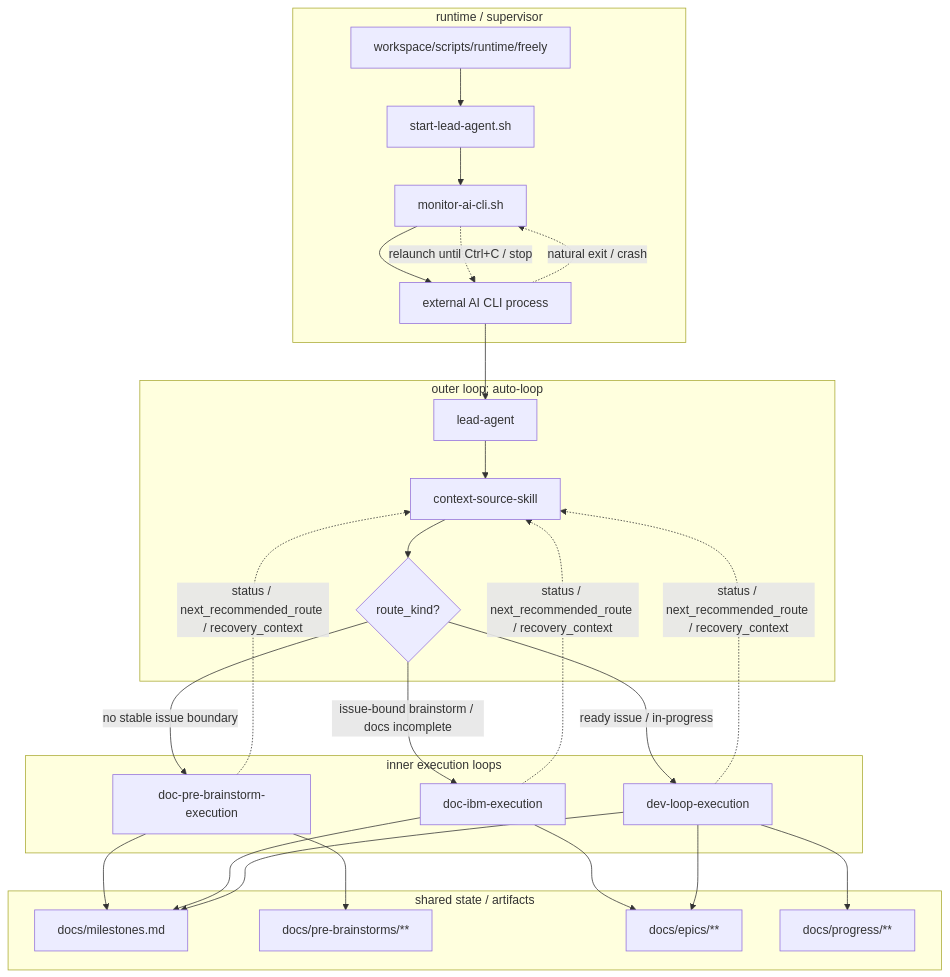
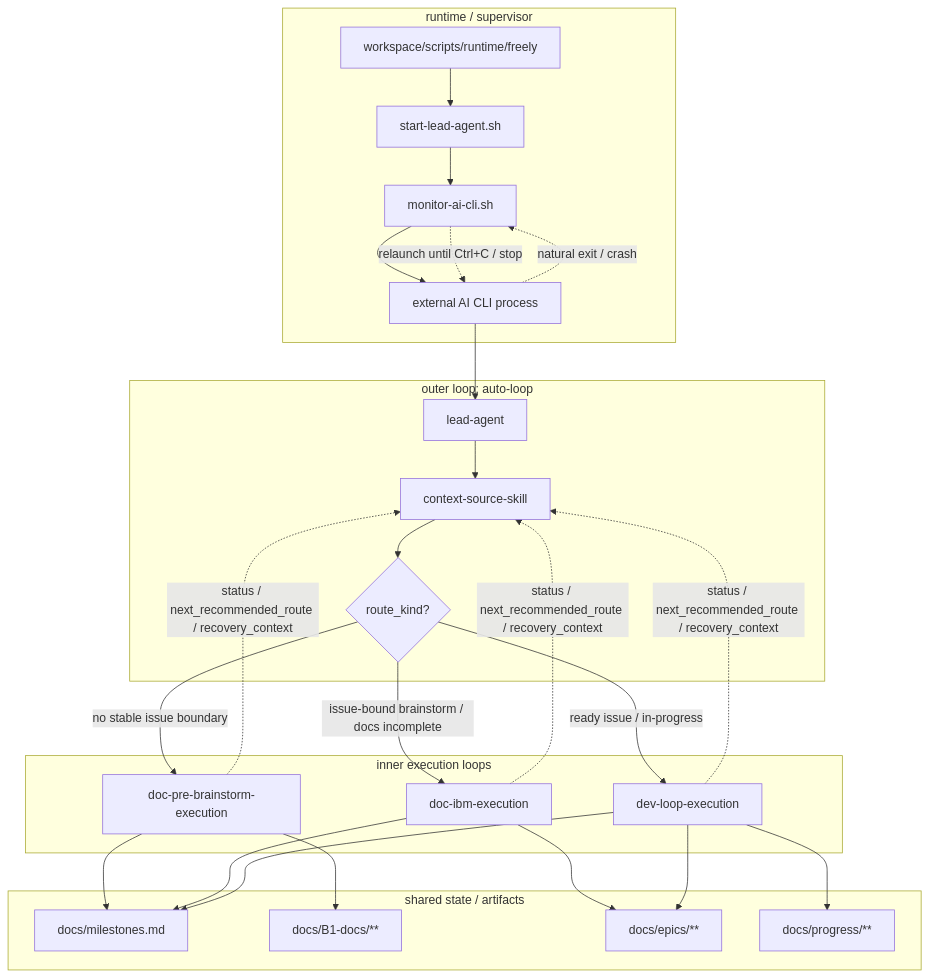
One commit to chatterzhao/freely changed the second of 2 diagrams in docs/B1-docs/raw-20260306-0248/brainstorms.md. Above: the diagram before and after it, drawn with Mermaid. The commit also changed other lines of this file and 238 other files, not shown here.

````diff
--- a/docs/B1-docs/raw-20260306-0248/brainstorms.md
+++ b/docs/B1-docs/raw-20260306-0248/brainstorms.md
@@ -1470,50 +1470,50 @@
 ```mermaid
 flowchart TD
     subgraph RT["runtime / supervisor"]
         R0["workspace/scripts/runtime/freely"]
         R1["start-lead-agent.sh"]
         R2["monitor-ai-cli.sh"]
         R3["external AI CLI process"]
     end
 
     subgraph OUTER["outer loop: auto-loop"]
         A0["lead-agent"]
         A1["context-source-skill"]
         A2{"route_kind?"}
     end
 
     subgraph INNER["inner execution loops"]
         D0["doc-pre-brainstorm-execution"]
         D1["doc-ibm-execution"]
         D2["dev-loop-execution"]
     end
 
     subgraph STATE["shared state / artifacts"]
         S0["docs/milestones.md"]
-        S1["docs/pre-brainstorms/**"]
+        S1["docs/B1-docs/**"]
         S2["docs/epics/**"]
         S3["docs/progress/**"]
     end
 
     R0 --> R1 --> R2 --> R3
     R3 --> A0 --> A1 --> A2
 
     A2 -->|"no stable issue boundary"| D0
     A2 -->|"issue-bound brainstorm / docs incomplete"| D1
     A2 -->|"ready issue / in-progress"| D2
 
     D0 --> S0
     D0 --> S1
     D1 --> S0
     D1 --> S2
     D2 --> S0
     D2 --> S2
     D2 --> S3
 
     D0 -. "status / next_recommended_route / recovery_context" .-> A1
     D1 -. "status / next_recommended_route / recovery_context" .-> A1
     D2 -. "status / next_recommended_route / recovery_context" .-> A1
 
     R3 -. "natural exit / crash" .-> R2
     R2 -. "relaunch until Ctrl+C / stop" .-> R3
 ```
````
